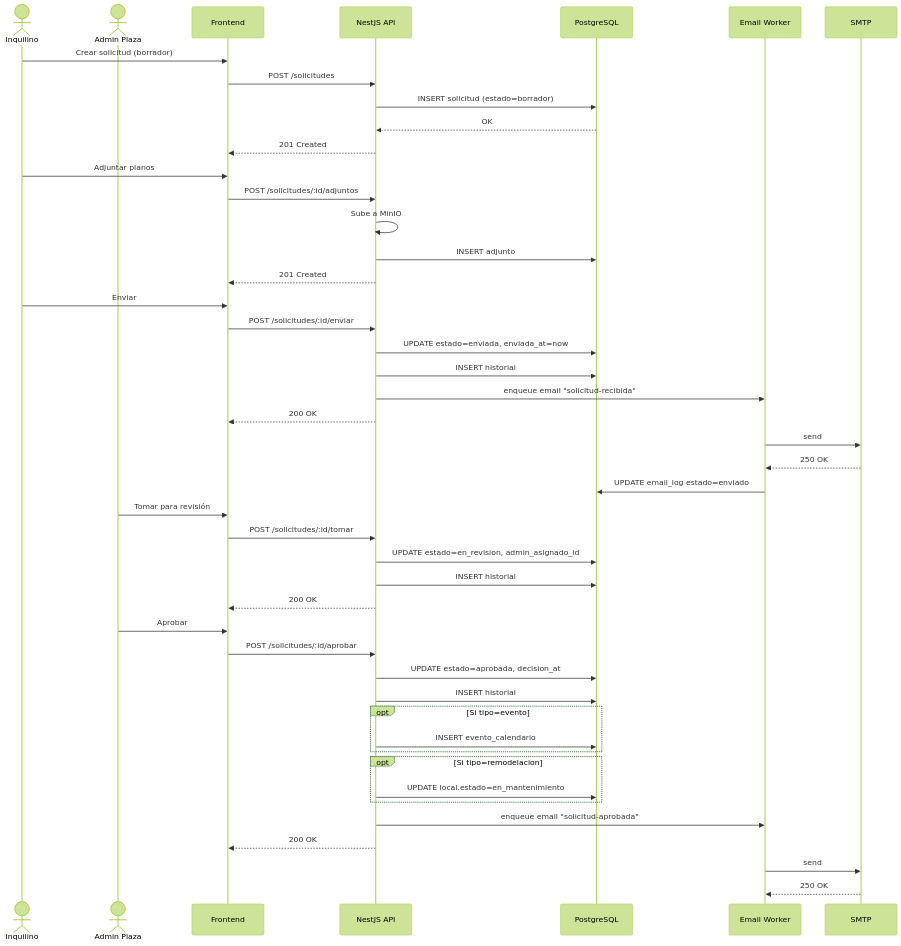
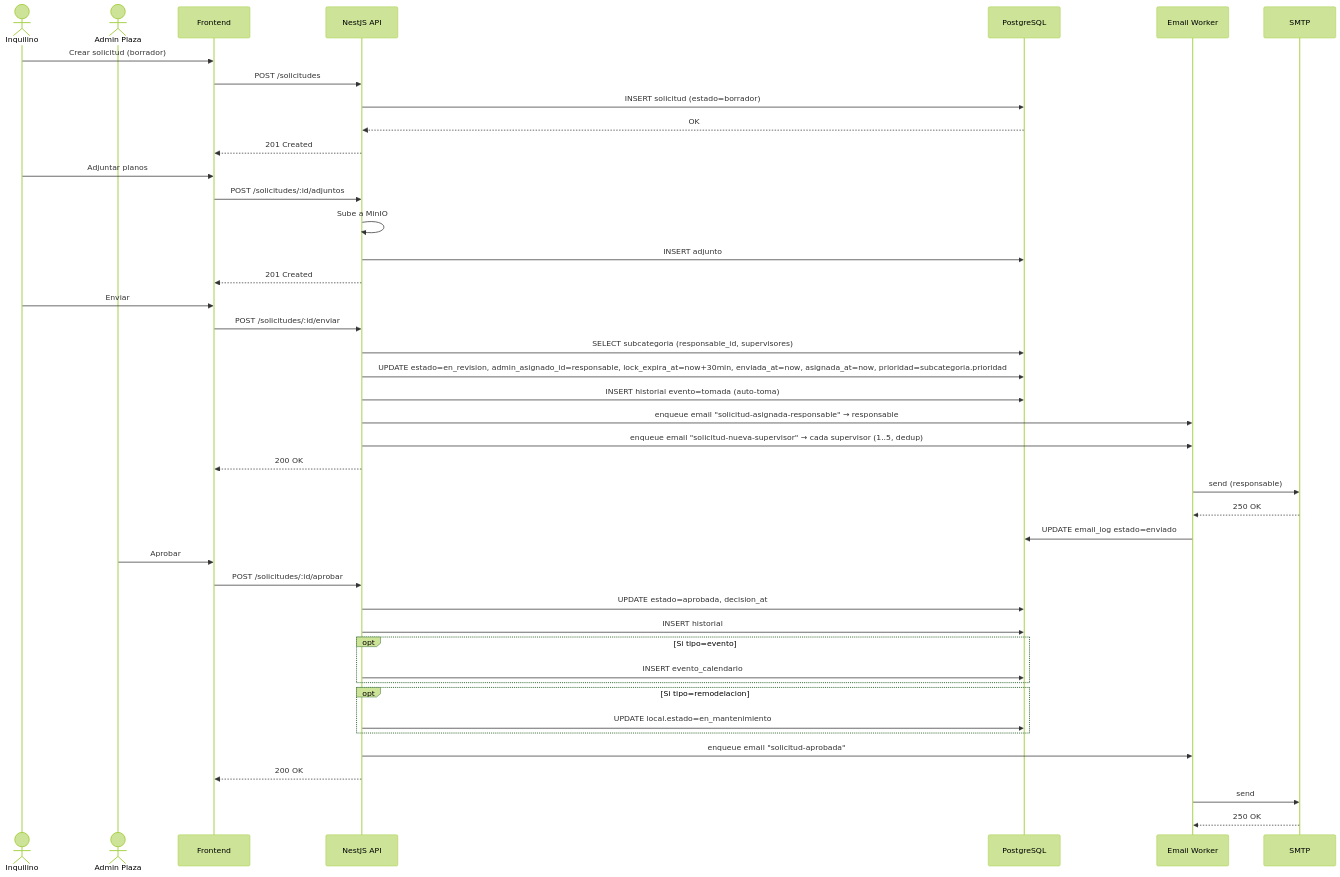
The second of 3 diagrams in docs/05-flujo-de-solicitudes.md (Rey9530/sys-solicitudes), drawn with Mermaid (forest theme) before and after one commit. The commit also changed other lines of this file and 22 other files, not shown here.

````diff
--- a/docs/05-flujo-de-solicitudes.md
+++ b/docs/05-flujo-de-solicitudes.md
@@ -121,55 +127,51 @@
 ```mermaid
 sequenceDiagram
     actor I as Inquilino
     actor A as Admin Plaza
     participant FE as Frontend
     participant API as NestJS API
     participant DB as PostgreSQL
     participant MQ as Email Worker
     participant SMTP as SMTP
 
     I->>FE: Crear solicitud (borrador)
     FE->>API: POST /solicitudes
     API->>DB: INSERT solicitud (estado=borrador)
     DB-->>API: OK
     API-->>FE: 201 Created
 
     I->>FE: Adjuntar planos
     FE->>API: POST /solicitudes/:id/adjuntos
     API->>API: Sube a MinIO
     API->>DB: INSERT adjunto
     API-->>FE: 201 Created
 
     I->>FE: Enviar
     FE->>API: POST /solicitudes/:id/enviar
-    API->>DB: UPDATE estado=enviada, enviada_at=now
-    API->>DB: INSERT historial
-    API->>MQ: enqueue email "solicitud-recibida"
+    API->>DB: SELECT subcategoria (responsable_id, supervisores)
+    API->>DB: UPDATE estado=en_revision, admin_asignado_id=responsable, lock_expira_at=now+30min, enviada_at=now, asignada_at=now, prioridad=subcategoria.prioridad
+    API->>DB: INSERT historial evento=tomada (auto-toma)
+    API->>MQ: enqueue email "solicitud-asignada-responsable" → responsable
+    API->>MQ: enqueue email "solicitud-nueva-supervisor" → cada supervisor (1..5, dedup)
     API-->>FE: 200 OK
 
-    MQ->>SMTP: send
+    MQ->>SMTP: send (responsable)
     SMTP-->>MQ: 250 OK
     MQ->>DB: UPDATE email_log estado=enviado
-
-    A->>FE: Tomar para revisión
-    FE->>API: POST /solicitudes/:id/tomar
-    API->>DB: UPDATE estado=en_revision, admin_asignado_id
-    API->>DB: INSERT historial
-    API-->>FE: 200 OK
 
     A->>FE: Aprobar
     FE->>API: POST /solicitudes/:id/aprobar
     API->>DB: UPDATE estado=aprobada, decision_at
     API->>DB: INSERT historial
     opt Si tipo=evento
         API->>DB: INSERT evento_calendario
     end
     opt Si tipo=remodelacion
         API->>DB: UPDATE local.estado=en_mantenimiento
     end
     API->>MQ: enqueue email "solicitud-aprobada"
     API-->>FE: 200 OK
 
     MQ->>SMTP: send
     SMTP-->>MQ: 250 OK
 ```
````
